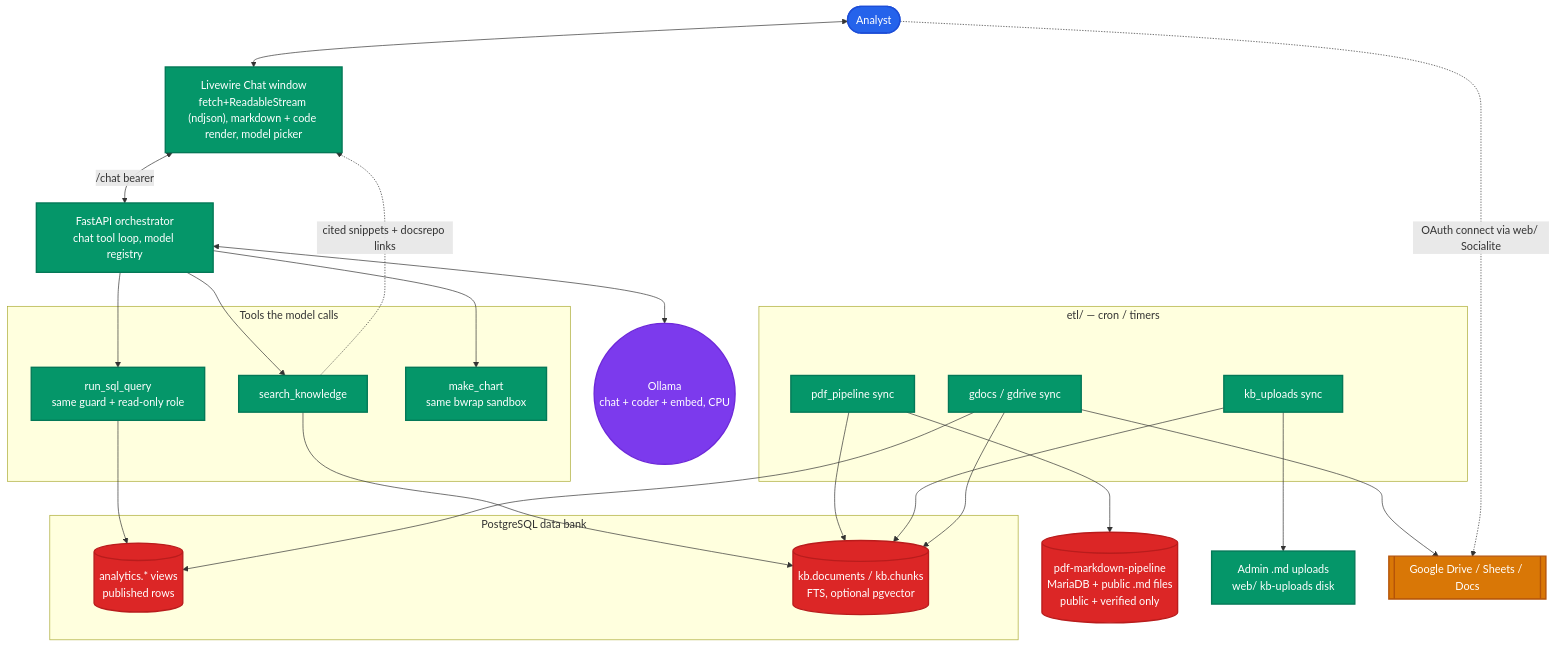
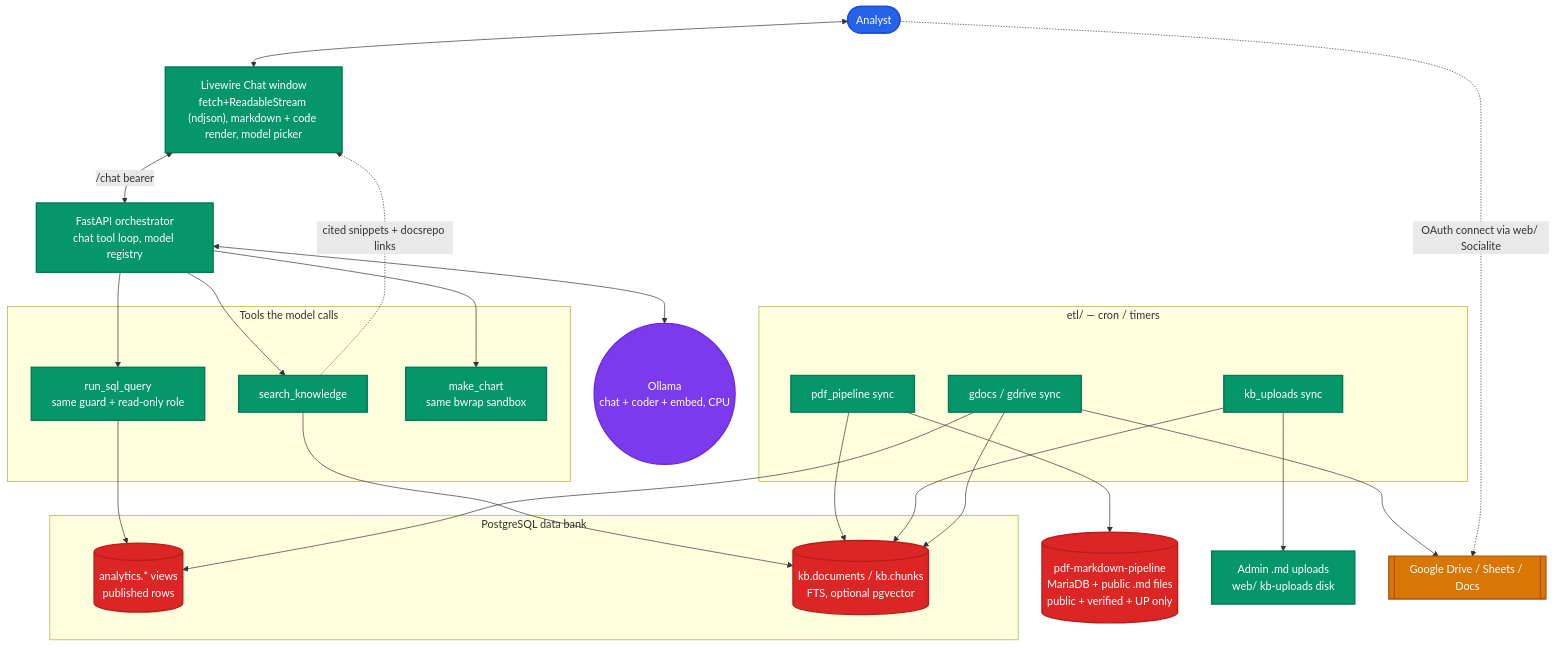
Before and after one commit to SubhanRaj/excise-mcp-dashboard: the fifth of 7 diagrams in ARCHITECTURE.md, drawn with Mermaid. The commit also changed other lines of this file and 2 other files, not shown here.

Commit message:
Update mermaid diagrams and security doc for the UP-only KB scope
ARCHITECTURE.md and DATA_PIPELINE.md's pdf-markdown-pipeline nodes still
read "public + verified only" after the sync gained a state filter;
SECURITY.md's matching prose paragraph was the same. All three now state
the rule_sets.state condition. DATA_PIPELINE.md's kb.documents node also
gained effective_from, populated since the last commit.

````diff
--- a/ARCHITECTURE.md
+++ b/ARCHITECTURE.md
@@ -447,54 +447,54 @@
 ```mermaid
 flowchart TD
     classDef client fill:#2563eb,stroke:#1d4ed8,stroke-width:2px,color:#fff
     classDef app fill:#059669,stroke:#047857,stroke-width:2px,color:#fff
     classDef ai fill:#7c3aed,stroke:#6d28d9,stroke-width:2px,color:#fff
     classDef db fill:#dc2626,stroke:#b91c1c,stroke-width:2px,color:#fff
     classDef ext fill:#d97706,stroke:#b45309,stroke-width:2px,color:#fff
 
     User(["Analyst"]):::client
     Chat["Livewire Chat window<br/>fetch+ReadableStream (ndjson), markdown + code render, model picker"]:::app
     Orch["FastAPI orchestrator<br/>chat tool loop, model registry"]:::app
     Ollama(("Ollama<br/>chat + coder + embed, CPU")):::ai
 
     subgraph Tools["Tools the model calls"]
         T1["search_knowledge"]:::app
         T2["run_sql_query<br/>same guard + read-only role"]:::app
         T3["make_chart<br/>same bwrap sandbox"]:::app
     end
 
     subgraph Bank["PostgreSQL data bank"]
         AN[("analytics.* views<br/>published rows")]:::db
         KB[("kb.documents / kb.chunks<br/>FTS, optional pgvector")]:::db
     end
 
     subgraph Ingest["etl/ — cron / timers"]
         E1["pdf_pipeline sync"]:::app
         E2["kb_uploads sync"]:::app
         E3["gdocs / gdrive sync"]:::app
     end
 
-    PDFP[("pdf-markdown-pipeline<br/>MariaDB + public .md files<br/>public + verified only")]:::db
+    PDFP[("pdf-markdown-pipeline<br/>MariaDB + public .md files<br/>public + verified + UP only")]:::db
     UP["Admin .md uploads<br/>web/ kb-uploads disk"]:::app
     G[["Google Drive / Sheets / Docs"]]:::ext
 
     User <--> Chat
     Chat <-->|"/chat bearer"| Orch
     Orch <--> Ollama
     Orch --> T1
     T1 --> KB
     Orch --> T2
     T2 --> AN
     Orch --> T3
     T1 -.->|"cited snippets + docsrepo links"| Chat
 
     E1 --> PDFP
     E1 --> KB
     E2 --> UP
     E2 --> KB
     E3 --> G
     E3 --> KB
     E3 --> AN
 
     User -.->|"OAuth connect via web/ Socialite"| G
 ```
````
